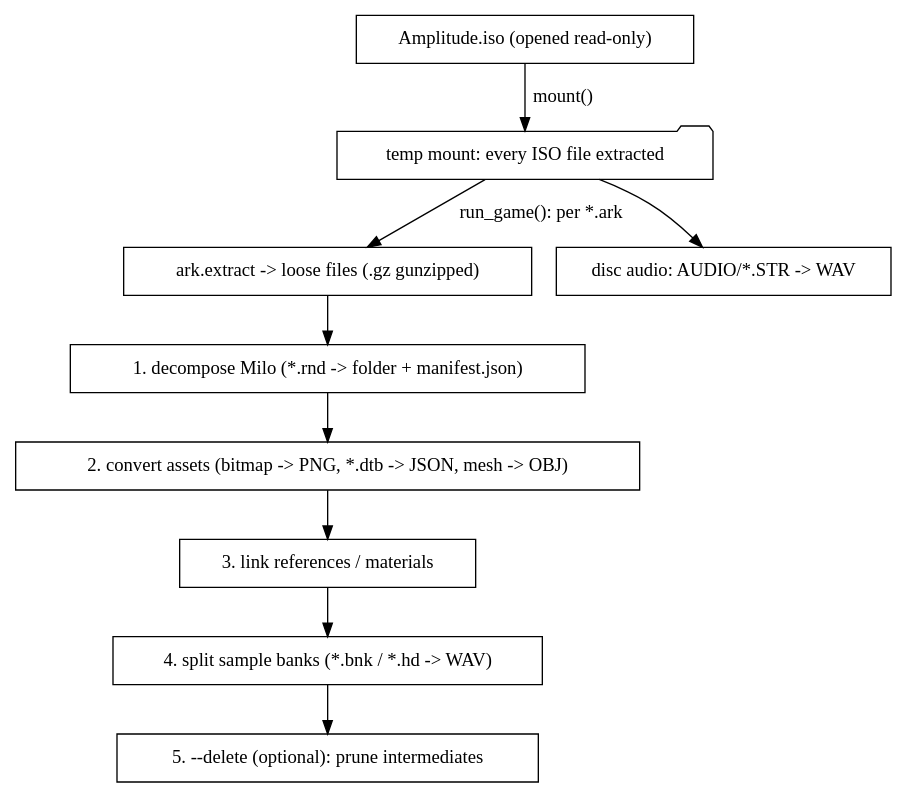
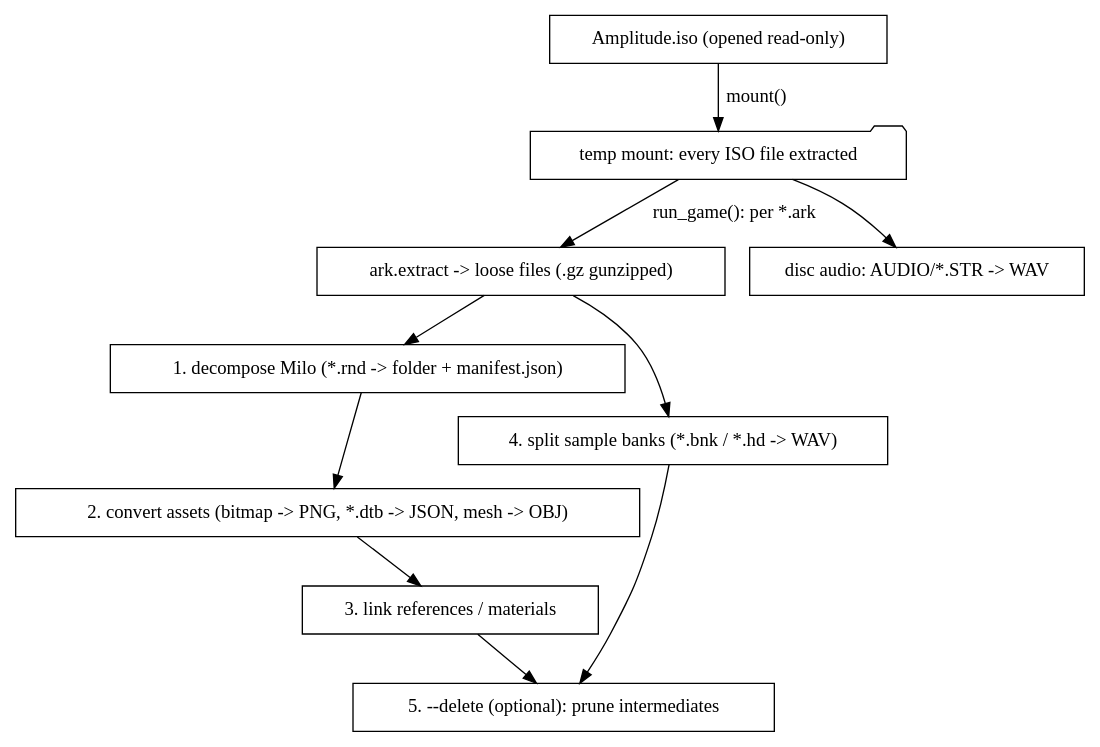
One commit to Tatsh/dade changed the first of 2 diagrams in docs/harmonix.rst. Above: the diagram before and after it, drawn with Graphviz.

Commit message:
docs: fix the unpacking-flow diagram's branch structure
Sample-bank splitting reads the `.bnk`/`.hd` files that come straight from
`ark.extract`, independent of the Milo -> convert -> link chain, and `--delete`
prunes intermediates from both. Show `ark.extract` fanning out to two branches
(decompose Milo -> convert -> link, and split sample banks) that both terminate
at the optional delete step, instead of one linear chain.

```diff
--- a/docs/harmonix.rst
+++ b/docs/harmonix.rst
@@ -25,18 +25,23 @@
 .. graphviz::
 
    digraph unpack {
       node [shape=box];
       iso     [label="Amplitude.iso (opened read-only)"];
       mount   [label="temp mount: every ISO file extracted", shape=folder];
       extract [label="ark.extract -> loose files (.gz gunzipped)"];
       milo    [label="1. decompose Milo (*.rnd -> folder + manifest.json)"];
       assets  [label="2. convert assets (bitmap -> PNG, *.dtb -> JSON, mesh -> OBJ)"];
       link    [label="3. link references / materials"];
       banks   [label="4. split sample banks (*.bnk / *.hd -> WAV)"];
       delete  [label="5. --delete (optional): prune intermediates"];
       audio   [label="disc audio: AUDIO/*.STR -> WAV"];
       iso -> mount [label="mount()"];
       mount -> extract [label="run_game(): per *.ark"];
-      extract -> milo -> assets -> link -> banks -> delete;
+      extract -> milo;
+      milo -> assets;
+      assets -> link;
+      extract -> banks;
+      link -> delete;
+      banks -> delete;
       mount -> audio;
    }
```
